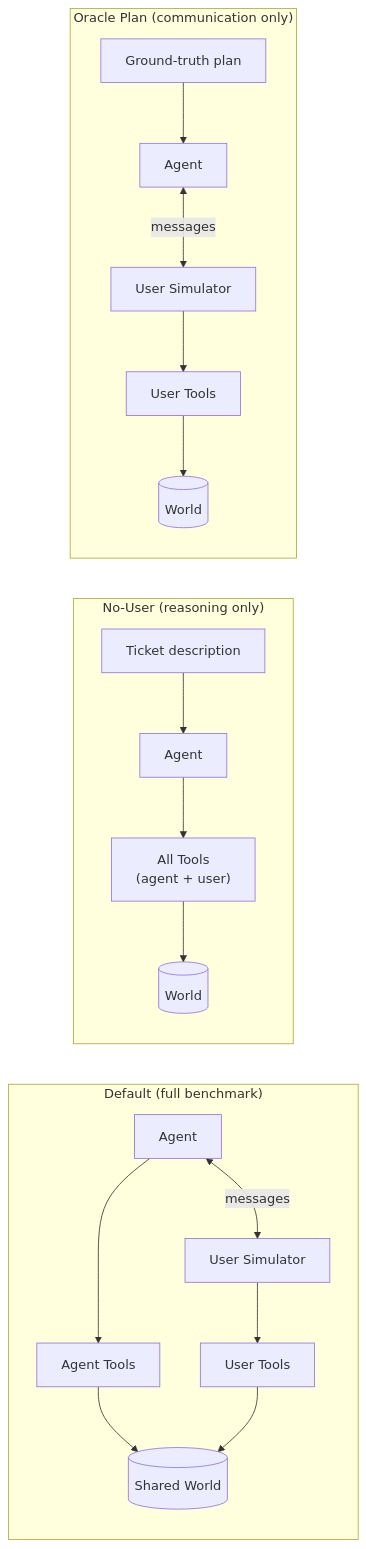
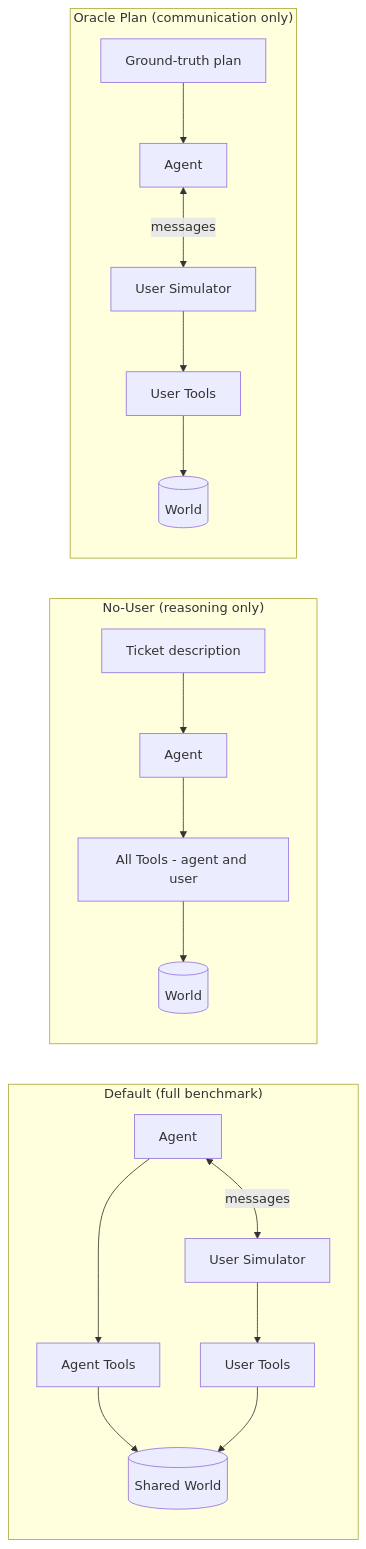
The fifth of 5 diagrams in docs/layer_0/tau2-bench-mechanism.md (zhongzhouTan-coder/zhongzhouTan-coder.github.io), drawn with Mermaid before and after one commit. The commit also changed other lines of this file and 8 other files, not shown here.

````diff
--- a/docs/layer_0/tau2-bench-mechanism.md
+++ b/docs/layer_0/tau2-bench-mechanism.md
@@ -200,22 +200,22 @@
 ```mermaid
 flowchart LR
     subgraph Default ["Default (full benchmark)"]
         DA[Agent] <-->|messages| DU[User Simulator]
         DA --> DAT[Agent Tools]
         DU --> DUT[User Tools]
         DAT & DUT --> DSW[(Shared World)]
     end
 
     subgraph NoUser ["No-User (reasoning only)"]
-        NA[Agent] --> NAT["All Tools\n(agent + user)"]
+        NA[Agent] --> NAT["All Tools - agent and user"]
         NAT --> NSW[(World)]
         TKT[Ticket description] --> NA
     end
 
     subgraph Oracle ["Oracle Plan (communication only)"]
         OA[Agent] <-->|messages| OU[User Simulator]
         OU --> OUT[User Tools]
         OUT --> OSW[(World)]
         GT[Ground-truth plan] --> OA
     end
 ```
````
